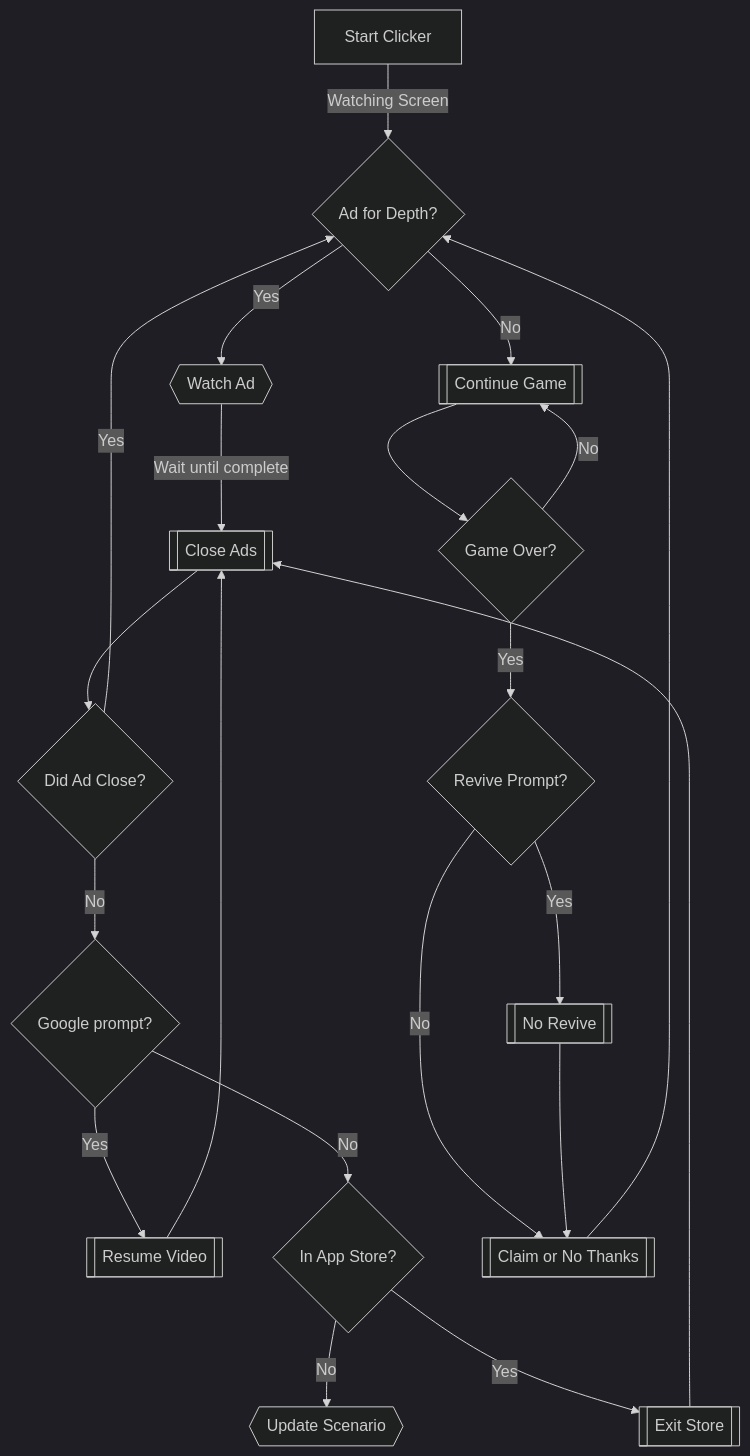
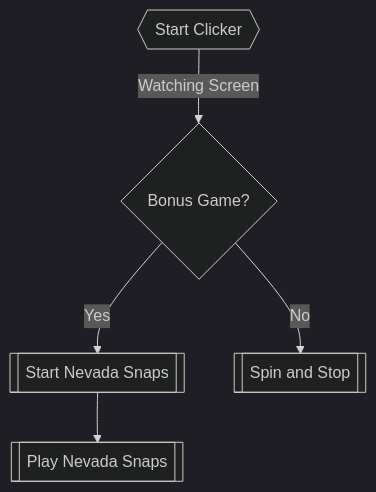
Before and after one commit to Neighborhood-Data-Science/instant-beer-money: the diagram in AutoClick Patterns/Games/Caesars Slots/README.md, drawn with Mermaid (dark theme). The commit also changed other lines of this file, not shown here.

Commit message:
Update README.md
WORKING: Flowchart updates

````diff
--- a/AutoClick Patterns/Games/Caesars Slots/README.md
+++ b/AutoClick Patterns/Games/Caesars Slots/README.md
@@ -75,23 +75,7 @@
 ```mermaid
 graph TD;
-    A[Start Clicker]-->|Watching Screen|B{Ad for Depth?};
-    B-->|Yes|C{{Watch Ad}};
-    B-->|No|D[[Continue Game]];
-    C-->|Wait until complete|E[[Close Ads]]
-    E-->F{Did Ad Close?};
-    F-->|No|G{Google prompt?};
-    F-->|Yes|B{Ad for Depth?};
-    H-->E[[Close Ads]];
-    G-->|No|J{In App Store?};
-    G-->|Yes|H[[Resume Video]];
-    J-->|No|P{{Update Scenario}};
-    J-->|Yes|O[[Exit Store]];
-    O-->E;
-    D-->K{Game Over?};
-    K-->|Yes|L{Revive Prompt?};
-    K-->|No|D;
-    L-->|No|M;
-    L-->|Yes|N[[No Revive]];
-    N-->M[[Claim or No Thanks]];
-    M-->B;
+    A{{Start Clicker}}-->|Watching Screen|B{Bonus Game?};
+    B-->|Yes|C[[Start Nevada Snaps]];
+    C-->D[[Play Nevada Snaps]];
+    B-->|No|E[[Spin and Stop]];
 ```
````
